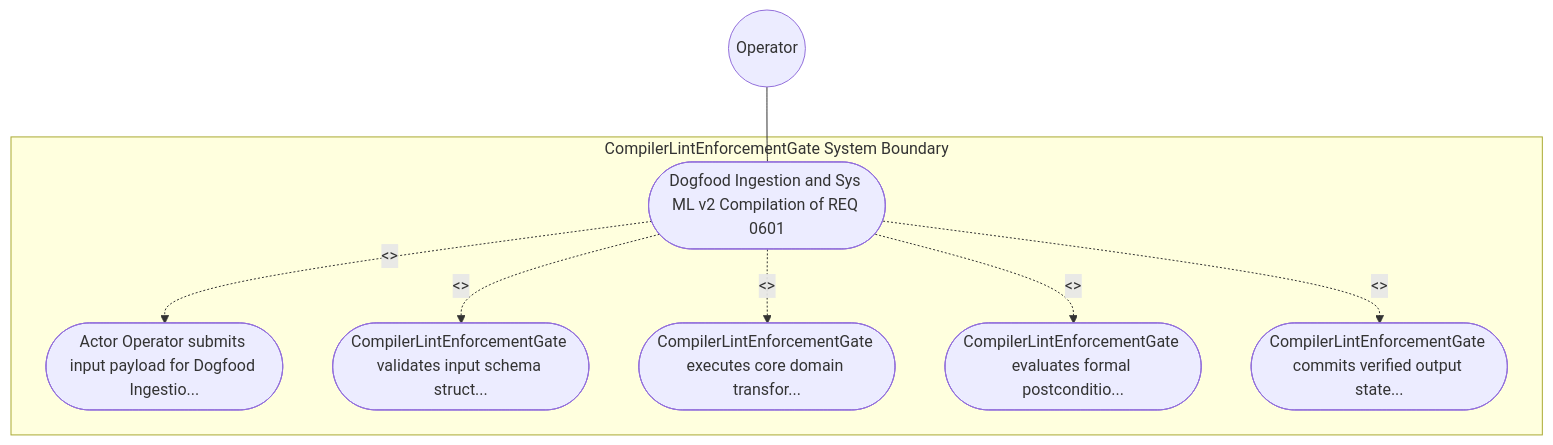
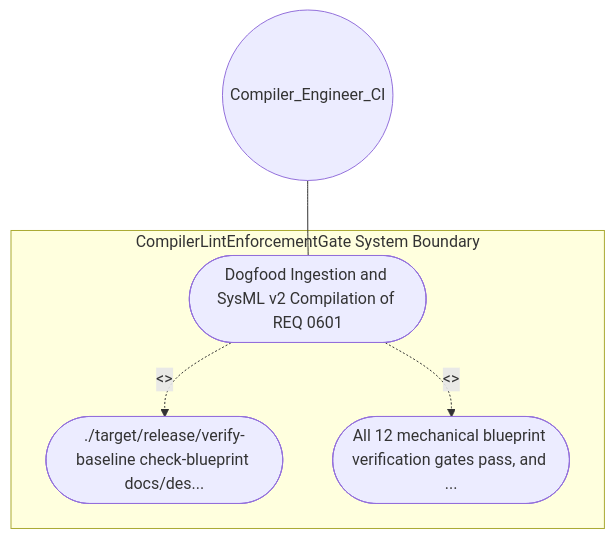
The diagram in .pipeline/upstream/docs/use-cases/UC-05-Dogfood_Ingestion_and_SysML_v2_Compilation_of_REQ_0601.md (gintatkinson/DEAP01-spec-core), drawn with Mermaid before and after one commit. The commit also changed other lines of this file and 213 other files, not shown here.

Commit message:
fix(upstream): regenerate blueprint sidecars, upstream dogfood specs, and GitHub backlog (refs #691, #692, #693, #694, #695, #696, #697, #698, #699)

````diff
--- a/.pipeline/upstream/docs/use-cases/UC-05-Dogfood_Ingestion_and_SysML_v2_Compilation_of_REQ_0601.md
+++ b/.pipeline/upstream/docs/use-cases/UC-05-Dogfood_Ingestion_and_SysML_v2_Compilation_of_REQ_0601.md
@@ -16,17 +16,11 @@
 ```mermaid
 graph TD
     subgraph "CompilerLintEnforcementGate System Boundary"
-        UC_Main(["Dogfood Ingestion and Sys ML v2 Compilation of REQ 0601"])
-        UC_Step01(["Actor Operator submits input payload for Dogfood Ingestio..."])
-        UC_Step02(["CompilerLintEnforcementGate validates input schema struct..."])
-        UC_Step03(["CompilerLintEnforcementGate executes core domain transfor..."])
-        UC_Step04(["CompilerLintEnforcementGate evaluates formal postconditio..."])
-        UC_Step05(["CompilerLintEnforcementGate commits verified output state..."])
+        UC_Main(["Dogfood Ingestion and SysML v2 Compilation of REQ 0601"])
+        UC_Step01(["./target/release/verify-baseline check-blueprint docs/des..."])
+        UC_Step02(["All 12 mechanical blueprint verification gates pass, and ..."])
     end
-    Operator(("Operator")) --- UC_Main
+    Compiler_Engineer_CI(("Compiler_Engineer_CI")) --- UC_Main
     UC_Main -. "<<include>>" .-> UC_Step01
     UC_Main -. "<<include>>" .-> UC_Step02
-    UC_Main -. "<<include>>" .-> UC_Step03
-    UC_Main -. "<<include>>" .-> UC_Step04
-    UC_Main -. "<<include>>" .-> UC_Step05
 ```
````
